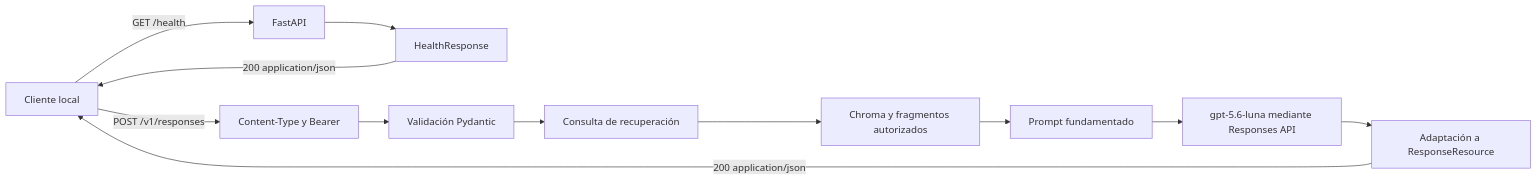
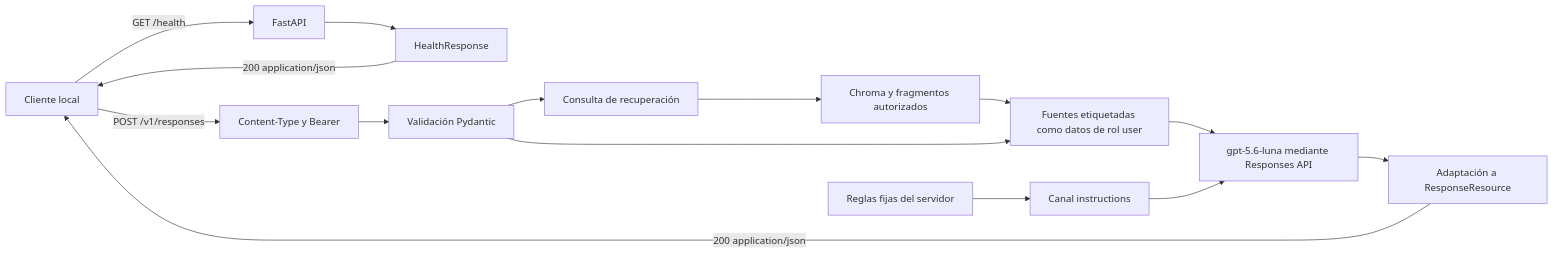
Before and after one commit to garay54/AgenteCV: the third of 5 diagrams in docs/arquitectura.md, drawn with Mermaid. The commit also changed other lines of this file and 15 other files, not shown here.

````diff
--- a/docs/arquitectura.md
+++ b/docs/arquitectura.md
@@ -77,14 +80,17 @@
 ```mermaid
 flowchart LR
     C[Cliente local] -->|GET /health| F[FastAPI]
     F --> H[HealthResponse]
     H -->|200 application/json| C
     C -->|POST /v1/responses| A[Content-Type y Bearer]
     A --> V[Validación Pydantic]
     V --> Q[Consulta de recuperación]
     Q --> R[Chroma y fragmentos autorizados]
-    R --> P[Prompt fundamentado]
-    P --> L[gpt-5.6-luna mediante Responses API]
+    R --> D[Fuentes etiquetadas como datos de rol user]
+    V --> D
+    S[Reglas fijas del servidor] --> P[Canal instructions]
+    D --> L[gpt-5.6-luna mediante Responses API]
+    P --> L
     L --> M[Adaptación a ResponseResource]
     M -->|200 application/json| C
 ```
````
